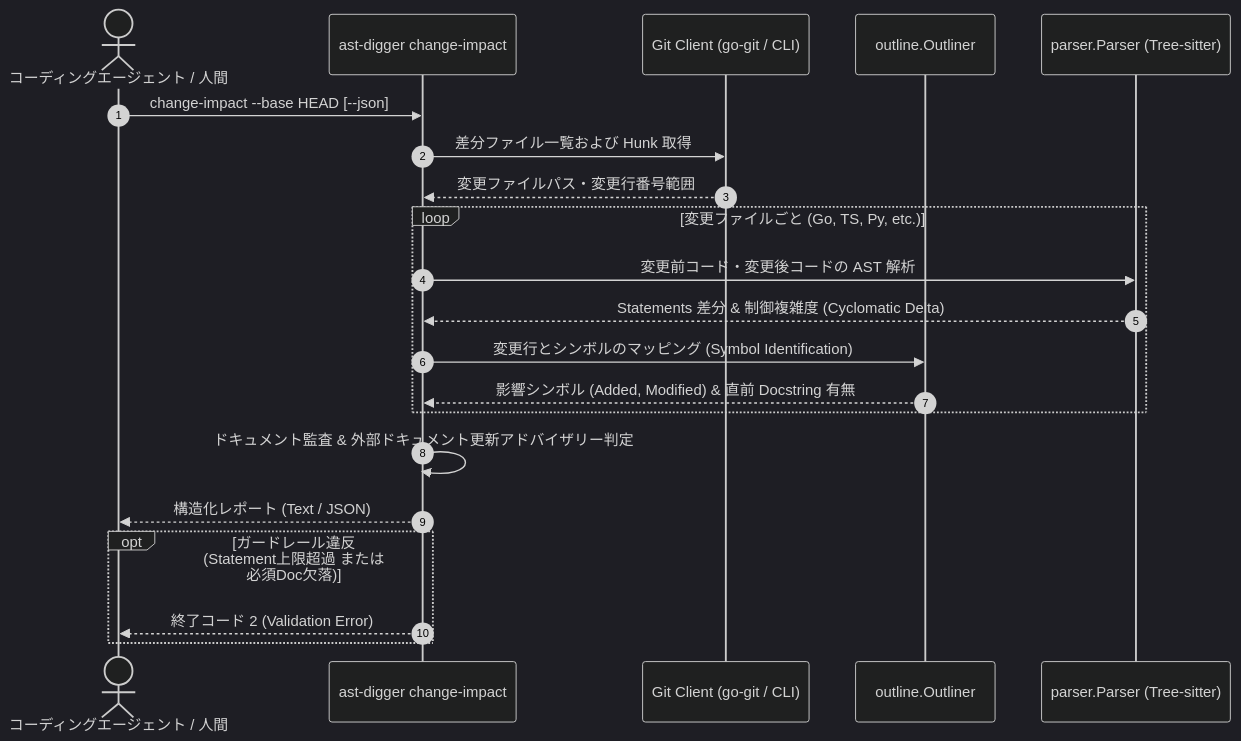
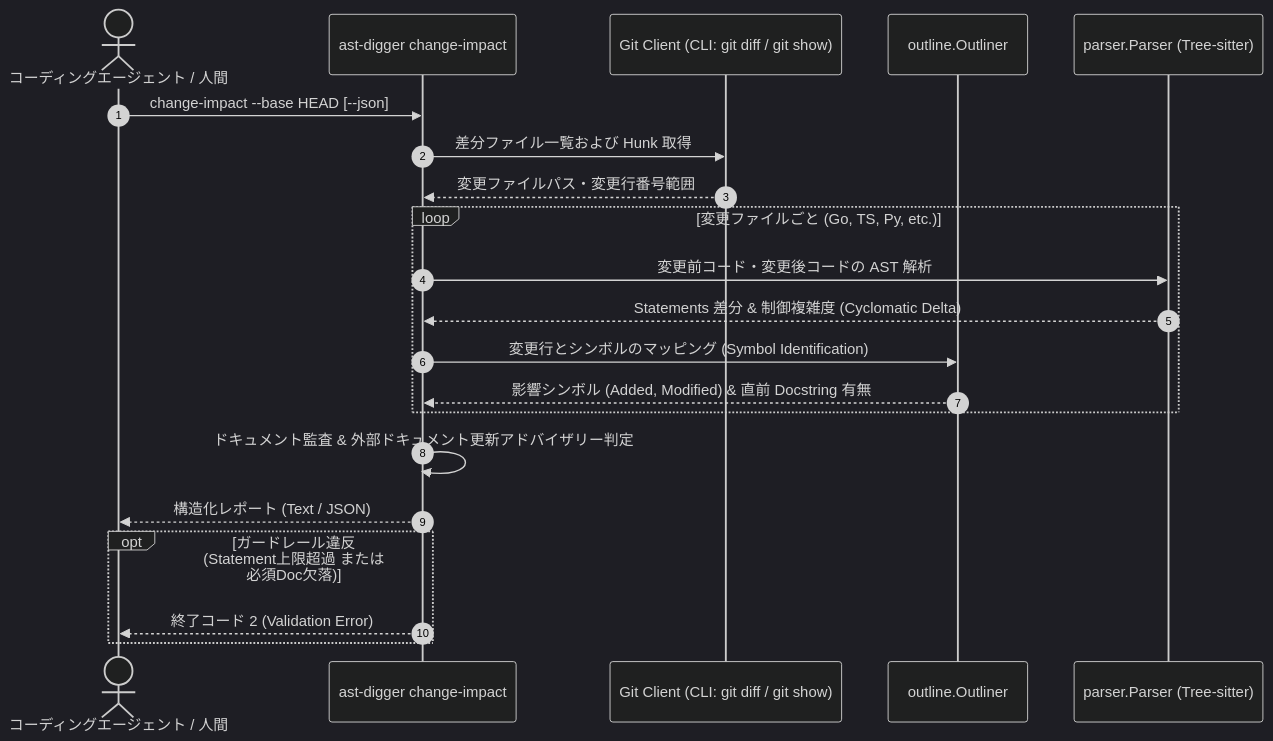
The seventh of 8 diagrams in doc/design.md (snaga/ast-digger), drawn with Mermaid (dark theme) before and after one commit. The commit also changed other lines of this file and 10 other files, not shown here.

First line of the commit message:
fix(spec): resolve architectural drift, EARS edge cases, and MCP schema consistency

````diff
--- a/doc/design.md
+++ b/doc/design.md
@@ -873,24 +924,24 @@
 ```mermaid
 sequenceDiagram
     autonumber
     actor Agent as コーディングエージェント / 人間
     participant CLI as ast-digger change-impact
-    participant Git as Git Client (go-git / CLI)
+    participant Git as Git Client (CLI: git diff / git show)
     participant Outliner as outline.Outliner
     participant Parser as parser.Parser (Tree-sitter)
 
     Agent->>CLI: change-impact --base HEAD [--json]
     CLI->>Git: 差分ファイル一覧および Hunk 取得
     Git-->>CLI: 変更ファイルパス・変更行番号範囲
     loop 変更ファイルごと (Go, TS, Py, etc.)
         CLI->>Parser: 変更前コード・変更後コードの AST 解析
         Parser-->>CLI: Statements 差分 & 制御複雑度 (Cyclomatic Delta)
         CLI->>Outliner: 変更行とシンボルのマッピング (Symbol Identification)
         Outliner-->>CLI: 影響シンボル (Added, Modified) & 直前 Docstring 有無
     end
     CLI->>CLI: ドキュメント監査 & 外部ドキュメント更新アドバイザリー判定
     CLI-->>Agent: 構造化レポート (Text / JSON)
     opt ガードレール違反 (Statement上限超過 または 必須Doc欠落)
         CLI-->>Agent: 終了コード 2 (Validation Error)
     end
 ```
````
